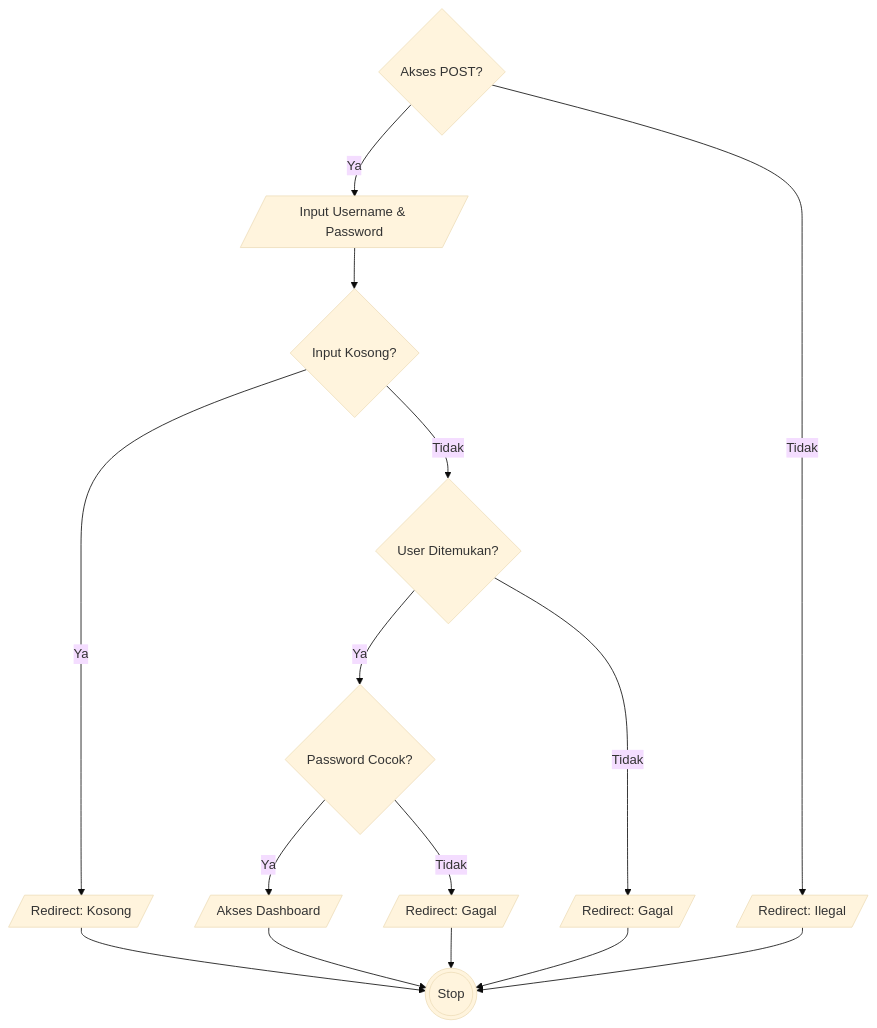
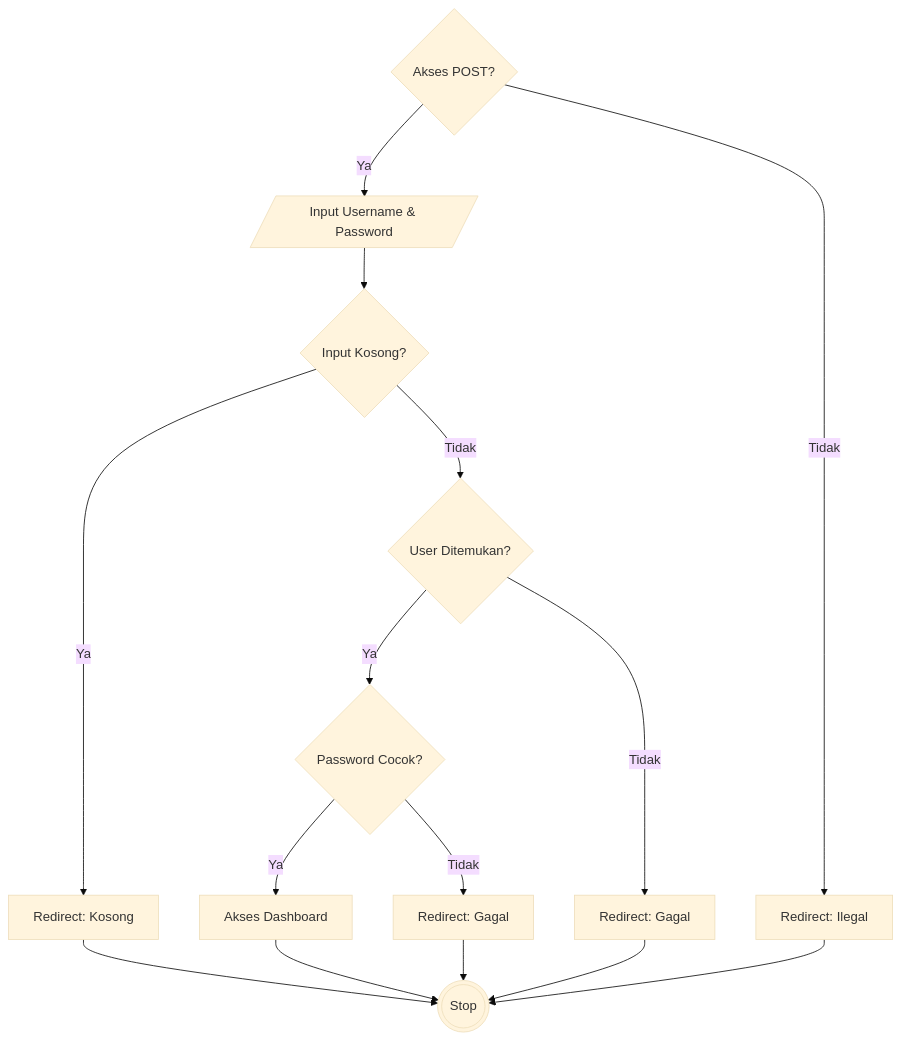
One commit to arbain-dev/Web_fikom changed the first of 6 diagrams in docs/07_PENGUJIAN_WHITE_BOX.md. Above: the diagram before and after it, drawn with Mermaid (base theme). The commit also changed other lines of this file, not shown here.

Commit message:
docs: fix mermaid flowchart node shapes to emphasize input as parallelogram

````diff
--- a/docs/07_PENGUJIAN_WHITE_BOX.md
+++ b/docs/07_PENGUJIAN_WHITE_BOX.md
@@ -29,21 +29,21 @@
 ```mermaid
 flowchart TD
     1{Akses POST?} -->|Ya| 2[/Input Username & Password/]
-    1 -->|Tidak| 10[/Redirect: Ilegal/]
+    1 -->|Tidak| 10[Redirect: Ilegal]
     
     2 --> 3{Input Kosong?}
-    3 -->|Ya| 4[/Redirect: Kosong/]
+    3 -->|Ya| 4[Redirect: Kosong]
     3 -->|Tidak| 5{User Ditemukan?}
     
     5 -->|Ya| 6{Password Cocok?}
-    5 -->|Tidak| 9[/Redirect: Gagal/]
+    5 -->|Tidak| 9[Redirect: Gagal]
     
-    6 -->|Ya| 7[/Akses Dashboard/]
-    6 -->|Tidak| 8[/Redirect: Gagal/]
+    6 -->|Ya| 7[Akses Dashboard]
+    6 -->|Tidak| 8[Redirect: Gagal]
     
     4 --> 11(((Stop)))
     7 --> 11
     8 --> 11
     9 --> 11
     10 --> 11
 ```
````
